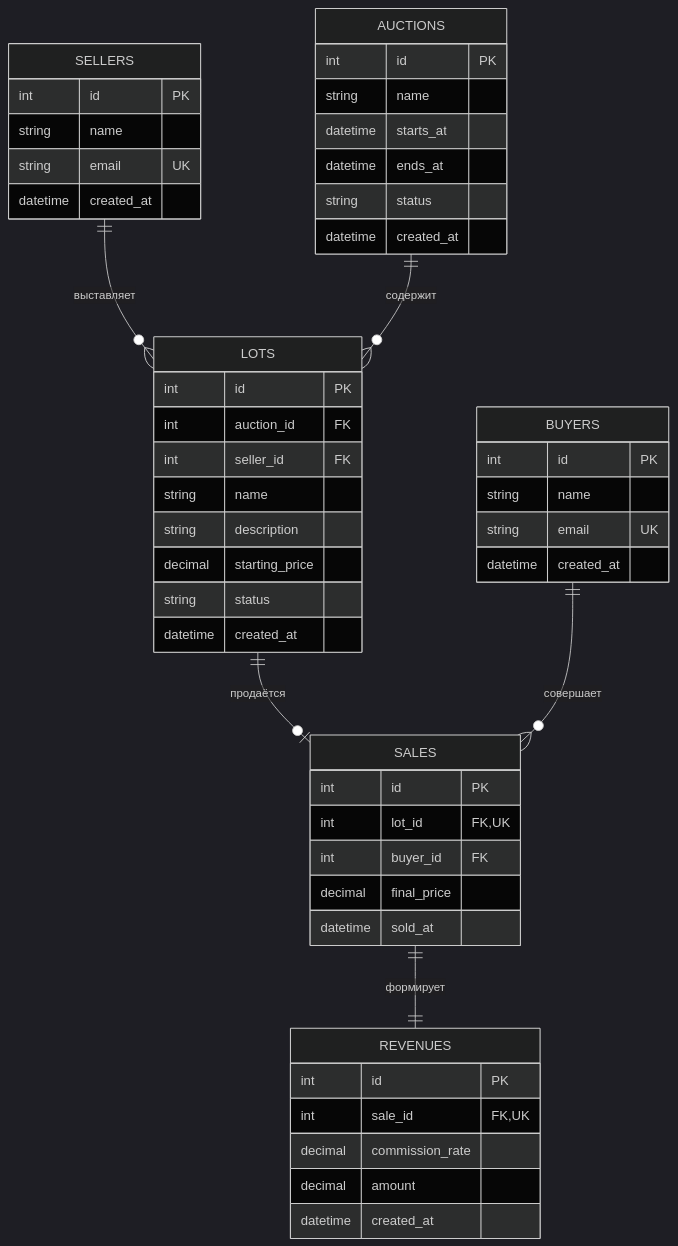
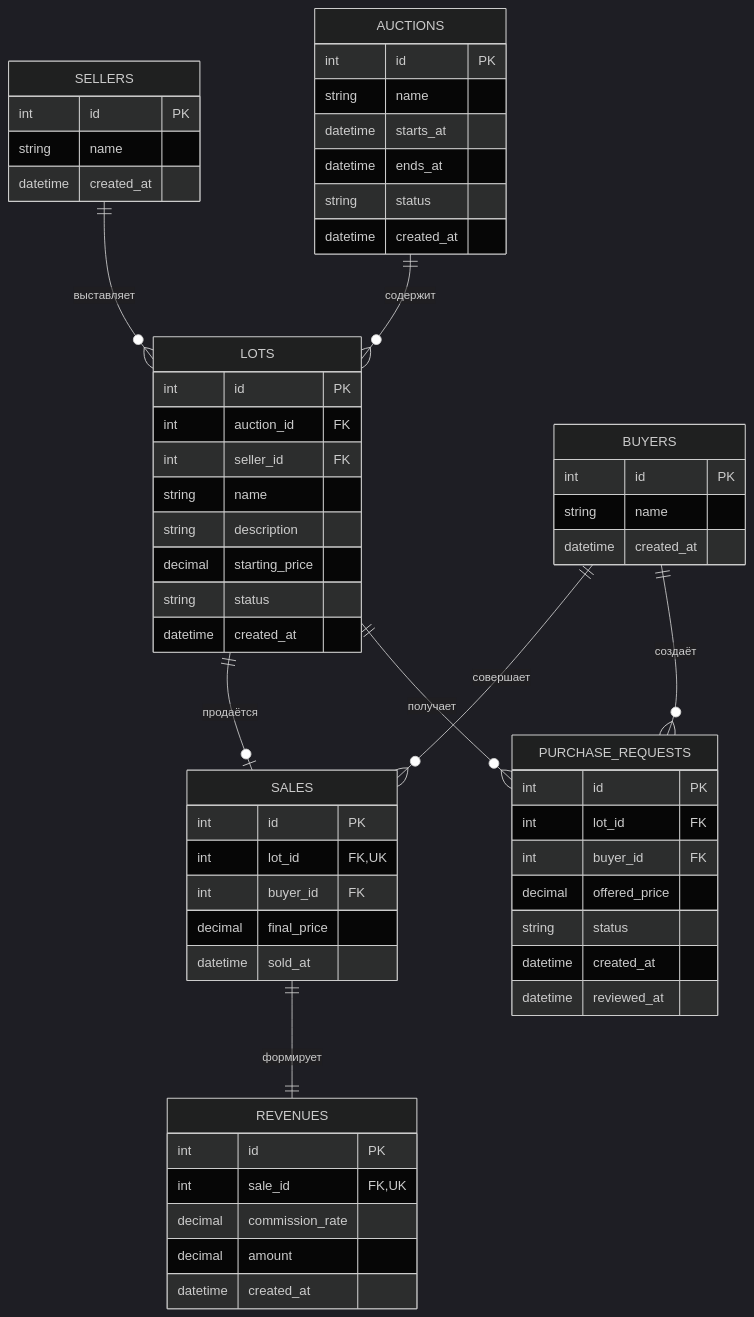
Before and after one commit to myffyy/auctions: the diagram in README.md, drawn with Mermaid (dark theme). The commit also changed other lines of this file and 25 other files, not shown here.

````diff
--- a/README.md
+++ b/README.md
@@ -124,58 +152,68 @@
 ```mermaid
 erDiagram
     SELLERS ||--o{ LOTS : "выставляет"
     AUCTIONS ||--o{ LOTS : "содержит"
     LOTS ||--o| SALES : "продаётся"
     BUYERS ||--o{ SALES : "совершает"
+    BUYERS ||--o{ PURCHASE_REQUESTS : "создаёт"
+    LOTS ||--o{ PURCHASE_REQUESTS : "получает"
     SALES ||--|| REVENUES : "формирует"
 
     SELLERS {
         int id PK
         string name
-        string email UK
         datetime created_at
     }
 
     BUYERS {
         int id PK
         string name
-        string email UK
         datetime created_at
     }
 
     AUCTIONS {
         int id PK
         string name
         datetime starts_at
         datetime ends_at
         string status
         datetime created_at
     }
 
     LOTS {
         int id PK
         int auction_id FK
         int seller_id FK
         string name
         string description
         decimal starting_price
         string status
         datetime created_at
     }
 
     SALES {
         int id PK
         int lot_id FK, UK
         int buyer_id FK
         decimal final_price
         datetime sold_at
     }
 
+    PURCHASE_REQUESTS {
+        int id PK
+        int lot_id FK
+        int buyer_id FK
+        decimal offered_price
+        string status
+        datetime created_at
+        datetime reviewed_at
+    }
+
     REVENUES {
         int id PK
         int sale_id FK, UK
         decimal commission_rate
         decimal amount
         datetime created_at
     }
 ```
````
